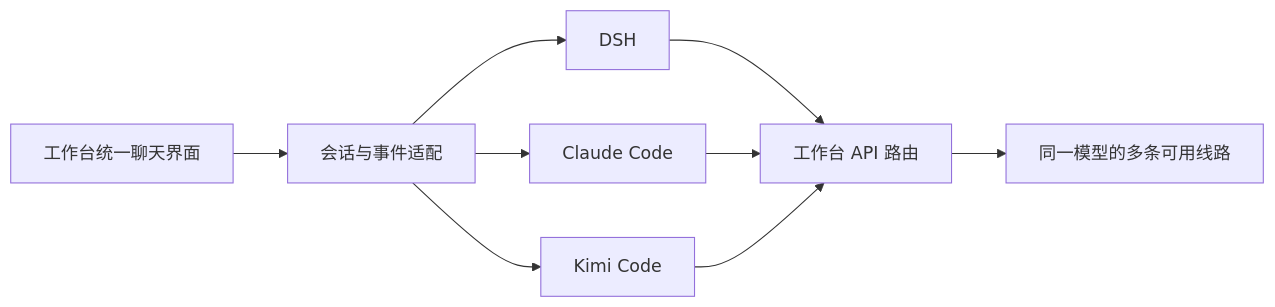
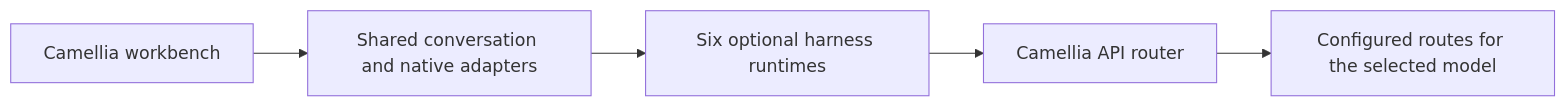
Before and after one commit to chengwang96/Camellia: the diagram in docs/design/harness-integration.md, drawn with Mermaid. The commit also changed other lines of this file and 44 other files, not shown here.

````diff
--- a/docs/design/harness-integration.md
+++ b/docs/design/harness-integration.md
@@ -68,11 +11,7 @@
 ```mermaid
 flowchart LR
-  UI[工作台统一聊天界面] --> Adapters[会话与事件适配]
-  Adapters --> DSH[DSH]
-  Adapters --> Claude[Claude Code]
-  Adapters --> Kimi[Kimi Code]
-  DSH --> Router[工作台 API 路由]
-  Claude --> Router
-  Kimi --> Router
-  Router --> Lines[同一模型的多条可用线路]
+  UI[Camellia workbench] --> Sessions[Shared conversation and native adapters]
+  Sessions --> Native[Six optional harness runtimes]
+  Native --> Router[Camellia API router]
+  Router --> Routes[Configured routes for the selected model]
 ```
````
